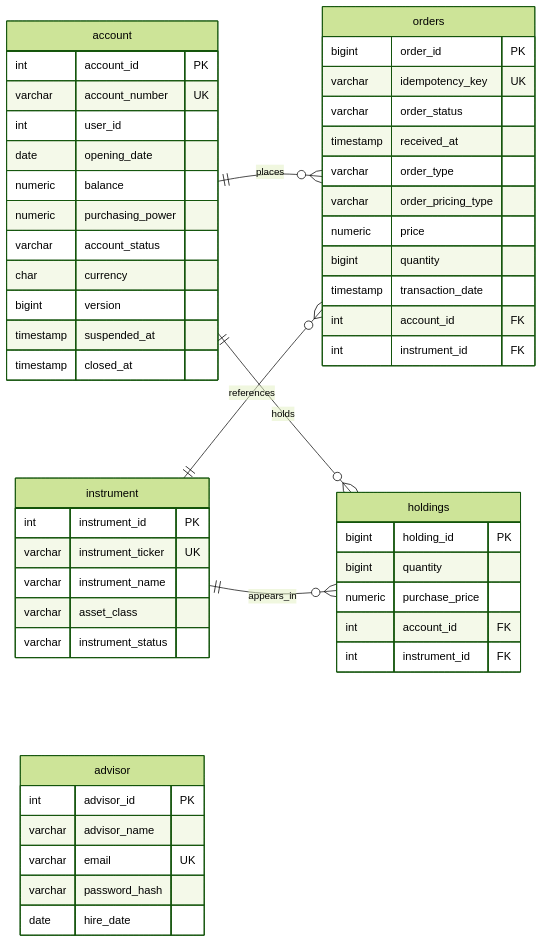
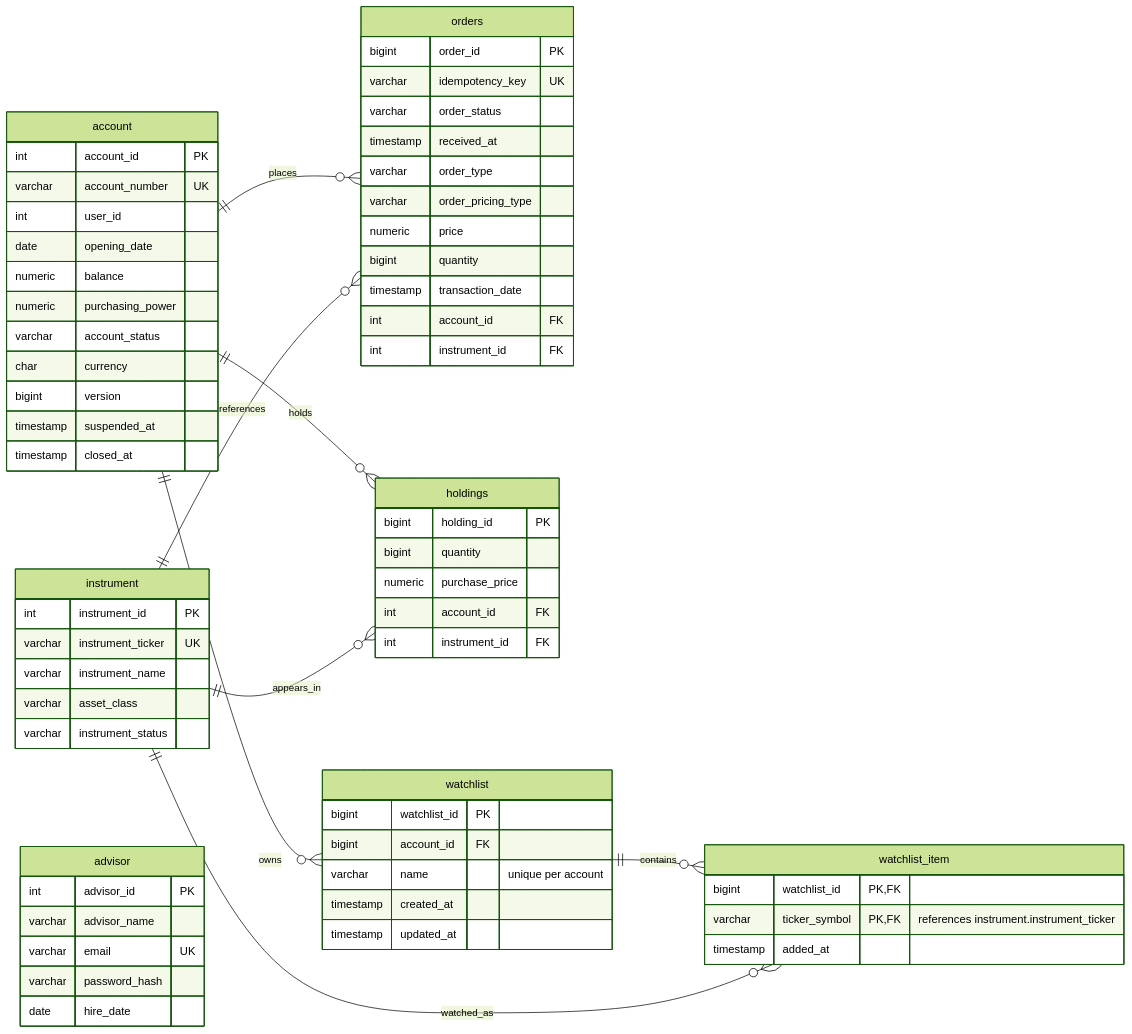
Before and after one commit to singhaviral365/enterprise-trading-platform: the diagram in documentation/db/trading_db_er.md, drawn with Mermaid (forest theme). The commit also changed 52 other files, not shown here.

````diff
--- a/documentation/db/trading_db_er.md
+++ b/documentation/db/trading_db_er.md
@@ -3,61 +3,78 @@
 ```mermaid
 erDiagram
     direction LR
 
     account ||--o{ orders : places
     instrument ||--o{ orders : references
     account ||--o{ holdings : holds
     instrument ||--o{ holdings : appears_in
+    account ||--o{ watchlist : owns
+    watchlist ||--o{ watchlist_item : contains
+    instrument ||--o{ watchlist_item : watched_as
 
     advisor {
         int advisor_id PK
         varchar advisor_name
         varchar email UK
         varchar password_hash
         date hire_date
     }
 
     account {
         int account_id PK
         varchar account_number UK
         int user_id
         date opening_date
         numeric balance
         numeric purchasing_power
         varchar account_status
         char currency
         bigint version
         timestamp suspended_at
         timestamp closed_at
     }
 
     instrument {
         int instrument_id PK
         varchar instrument_ticker UK
         varchar instrument_name
         varchar asset_class
         varchar instrument_status
     }
 
     orders {
         bigint order_id PK
         varchar idempotency_key UK
         varchar order_status
         timestamp received_at
         varchar order_type
         varchar order_pricing_type
         numeric price
         bigint quantity
         timestamp transaction_date
         int account_id FK
         int instrument_id FK
     }
 
     holdings {
         bigint holding_id PK
         bigint quantity
         numeric purchase_price
         int account_id FK
         int instrument_id FK
     }
+
+    watchlist {
+        bigint watchlist_id PK
+        bigint account_id FK
+        varchar name "unique per account"
+        timestamp created_at
+        timestamp updated_at
+    }
+
+    watchlist_item {
+        bigint watchlist_id PK, FK
+        varchar ticker_symbol PK, FK "references instrument.instrument_ticker"
+        timestamp added_at
+    }
 ```
````
